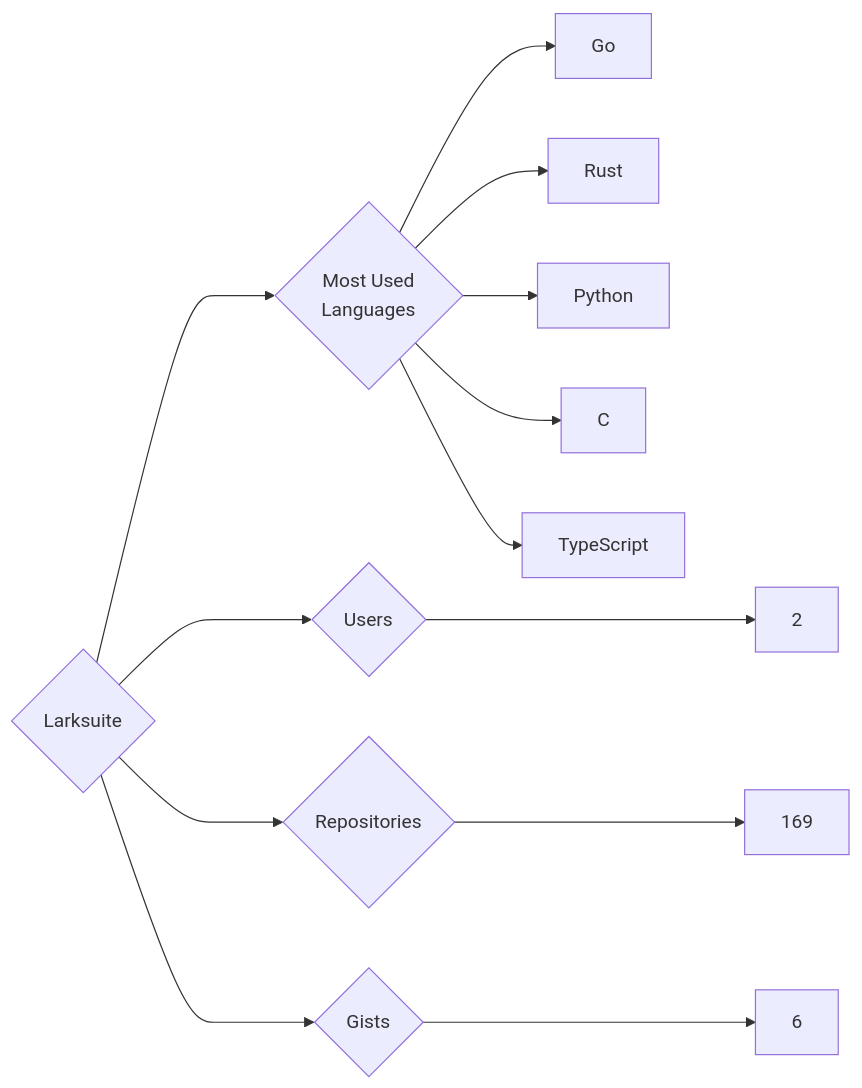
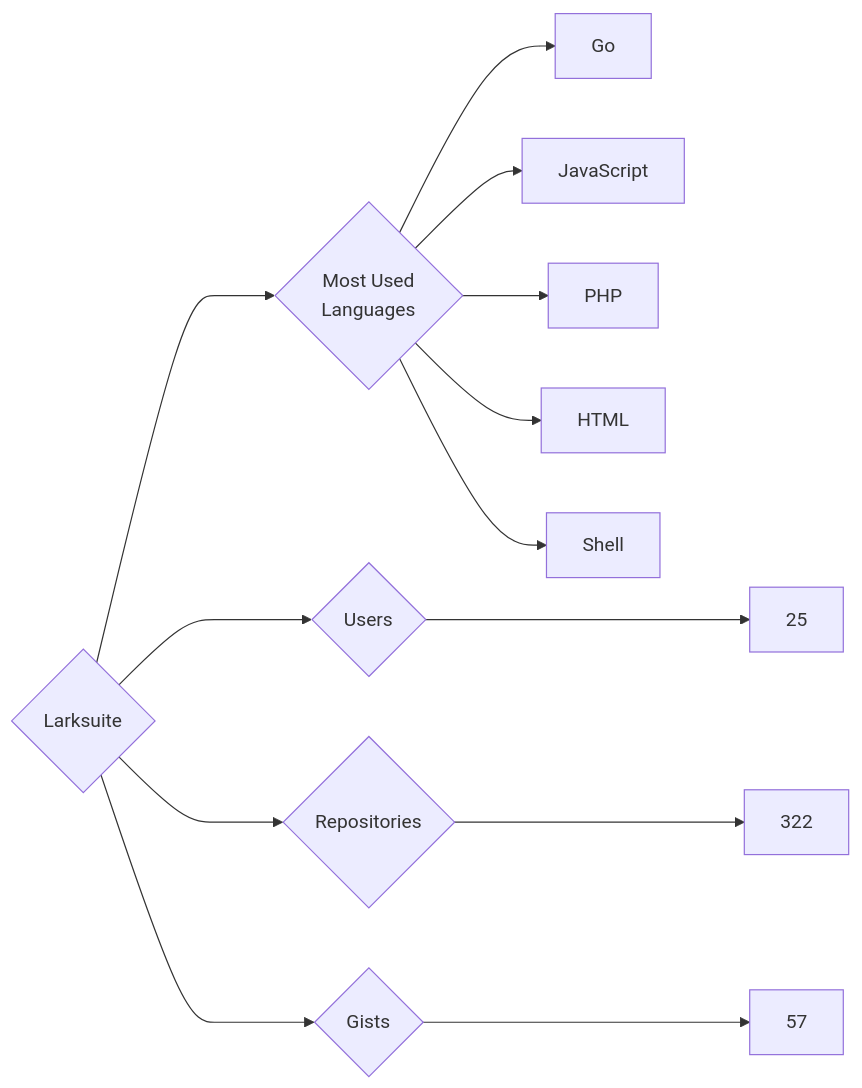
Before and after one commit to trickest/insiders: the diagram in targets/Larksuite/README.md, drawn with Mermaid. The commit also changed 1696 other files, not shown here.

````diff
--- a/targets/Larksuite/README.md
+++ b/targets/Larksuite/README.md
@@ -3,13 +3,13 @@
 ```mermaid
 graph LR
 COMPANY_NAME{Larksuite}
-COMPANY_NAME ---> U{Users} ---> UN[2]
-COMPANY_NAME ---> R{Repositories} ---> RN[169]
-COMPANY_NAME ---> G{Gists} ---> GN[6]
+COMPANY_NAME ---> U{Users} ---> UN[25]
+COMPANY_NAME ---> R{Repositories} ---> RN[322]
+COMPANY_NAME ---> G{Gists} ---> GN[57]
 COMPANY_NAME ---> ML{Most Used<br>Languages}
 ML --> Go[Go]
-ML --> Rust[Rust]
-ML --> Python[Python]
-ML --> C[C]
-ML --> TypeScript[TypeScript]
+ML --> JavaScript[JavaScript]
+ML --> PHP[PHP]
+ML --> HTML[HTML]
+ML --> Shell[Shell]
 ```
````
